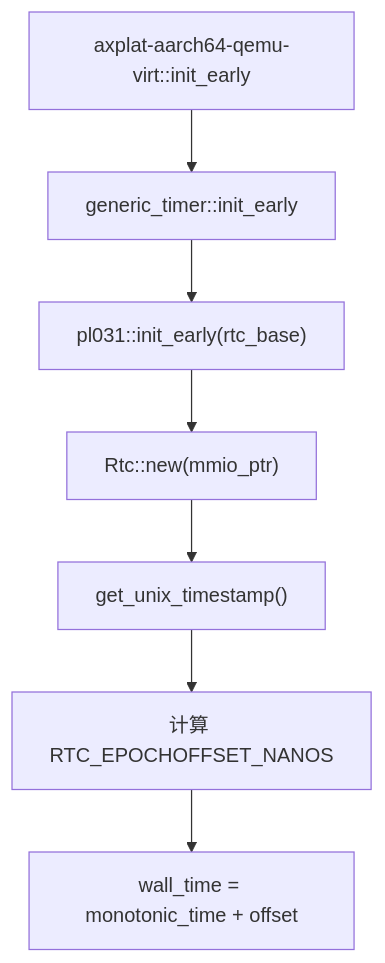
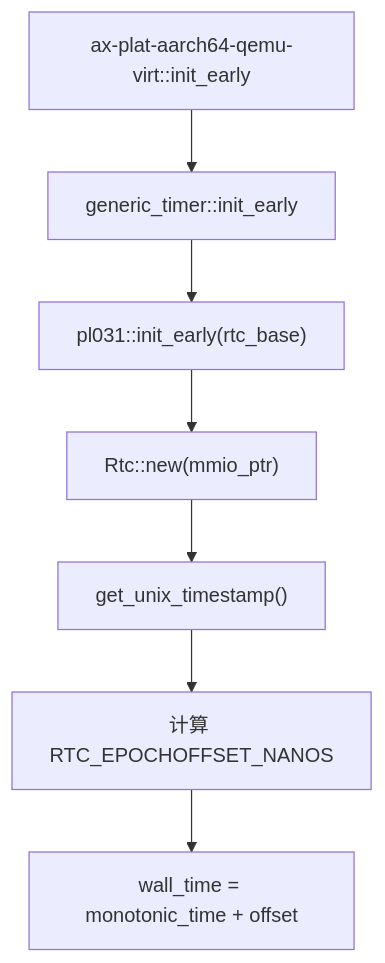
One commit to zKurisu/tgoskits changed the first of 3 diagrams in docs/crates/arm_pl031.md. Above: the diagram before and after it, drawn with Mermaid. The commit also changed other lines of this file and 35 other files, not shown here.

````diff
--- a/docs/crates/arm_pl031.md
+++ b/docs/crates/arm_pl031.md
@@ -44,9 +44,9 @@
 ```mermaid
 flowchart TD
-    A["axplat-aarch64-qemu-virt::init_early"] --> B["generic_timer::init_early"]
+    A["ax-plat-aarch64-qemu-virt::init_early"] --> B["generic_timer::init_early"]
     B --> C["pl031::init_early(rtc_base)"]
     C --> D["Rtc::new(mmio_ptr)"]
     D --> E["get_unix_timestamp()"]
     E --> F["计算 RTC_EPOCHOFFSET_NANOS"]
     F --> G["wall_time = monotonic_time + offset"]
 ```
````
